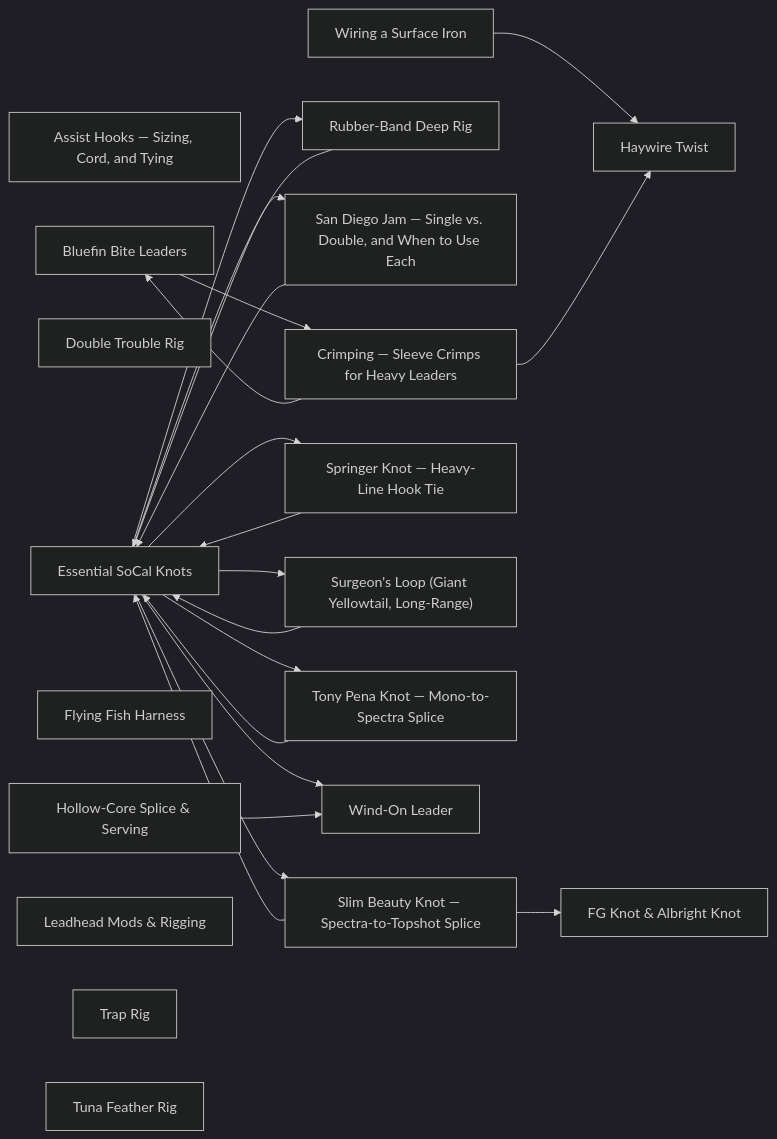
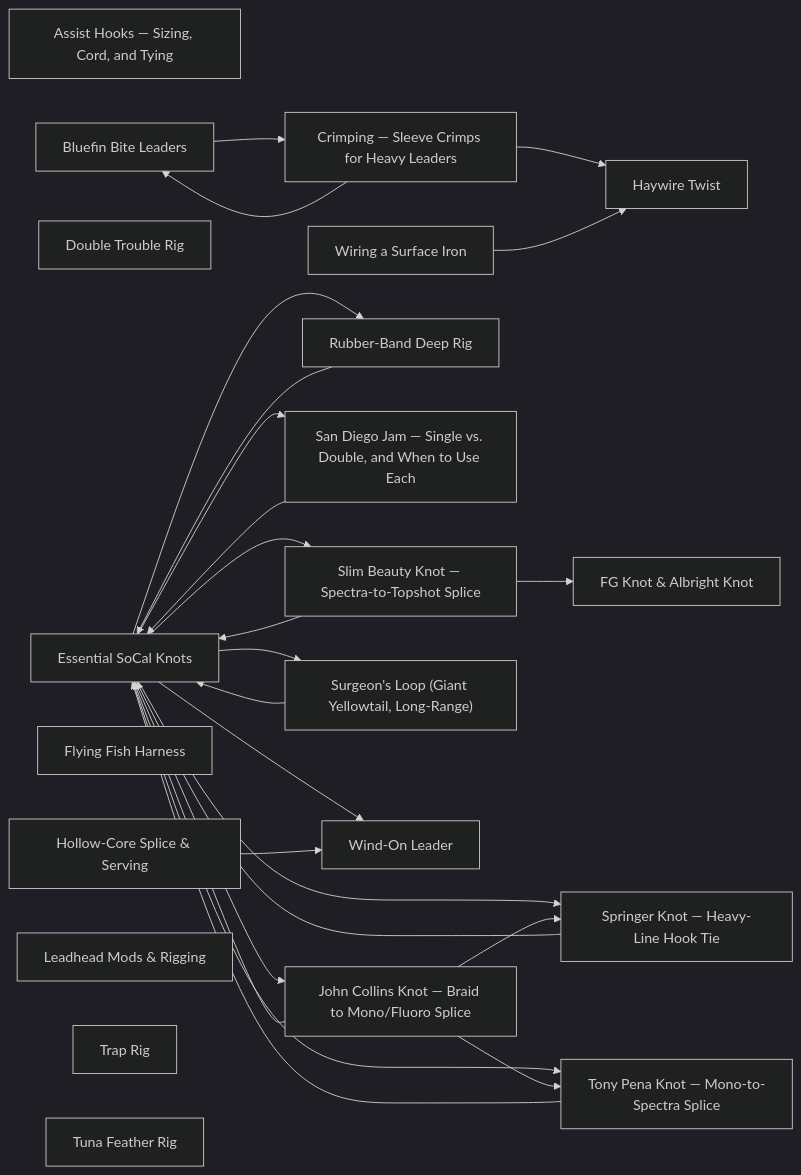
The diagram in rigging/README.md (camchuckpete-max/Socal-Fishing-Knowledge), drawn with Mermaid (dark theme) before and after one commit. The commit also changed other lines of this file and 5 other files, not shown here.

````diff
--- a/rigging/README.md
+++ b/rigging/README.md
@@ -33,42 +34,47 @@
 ```mermaid
 graph LR
   n0["Assist Hooks — Sizing, Cord, and Tying"]
   n1["Bluefin Bite Leaders"]
   n2["Crimping — Sleeve Crimps for Heavy Leaders"]
   n3["Double Trouble Rig"]
   n4["Essential SoCal Knots"]
   n5["FG Knot & Albright Knot"]
   n6["Flying Fish Harness"]
   n7["Haywire Twist"]
   n8["Hollow-Core Splice & Serving"]
-  n9["Leadhead Mods & Rigging"]
-  n10["Rubber-Band Deep Rig"]
-  n11["San Diego Jam — Single vs. Double, and When to Use Each"]
-  n12["Slim Beauty Knot — Spectra-to-Topshot Splice"]
-  n13["Springer Knot — Heavy-Line Hook Tie"]
-  n14["Surgeon's Loop (Giant Yellowtail, Long-Range)"]
-  n15["Tony Pena Knot — Mono-to-Spectra Splice"]
-  n16["Trap Rig"]
-  n17["Tuna Feather Rig"]
-  n18["Wind-On Leader"]
-  n19["Wiring a Surface Iron"]
+  n9["John Collins Knot — Braid to Mono/Fluoro Splice"]
+  n10["Leadhead Mods & Rigging"]
+  n11["Rubber-Band Deep Rig"]
+  n12["San Diego Jam — Single vs. Double, and When to Use Each"]
+  n13["Slim Beauty Knot — Spectra-to-Topshot Splice"]
+  n14["Springer Knot — Heavy-Line Hook Tie"]
+  n15["Surgeon's Loop (Giant Yellowtail, Long-Range)"]
+  n16["Tony Pena Knot — Mono-to-Spectra Splice"]
+  n17["Trap Rig"]
+  n18["Tuna Feather Rig"]
+  n19["Wind-On Leader"]
+  n20["Wiring a Surface Iron"]
   n1 --> n2
-  n10 --> n4
   n11 --> n4
   n12 --> n4
-  n12 --> n5
   n13 --> n4
+  n13 --> n5
   n14 --> n4
   n15 --> n4
-  n19 --> n7
+  n16 --> n4
   n2 --> n1
   n2 --> n7
-  n4 --> n10
+  n20 --> n7
   n4 --> n11
   n4 --> n12
   n4 --> n13
   n4 --> n14
   n4 --> n15
-  n4 --> n18
-  n8 --> n18
+  n4 --> n16
+  n4 --> n19
+  n4 --> n9
+  n8 --> n19
+  n9 --> n14
+  n9 --> n16
+  n9 --> n4
 ```
````
